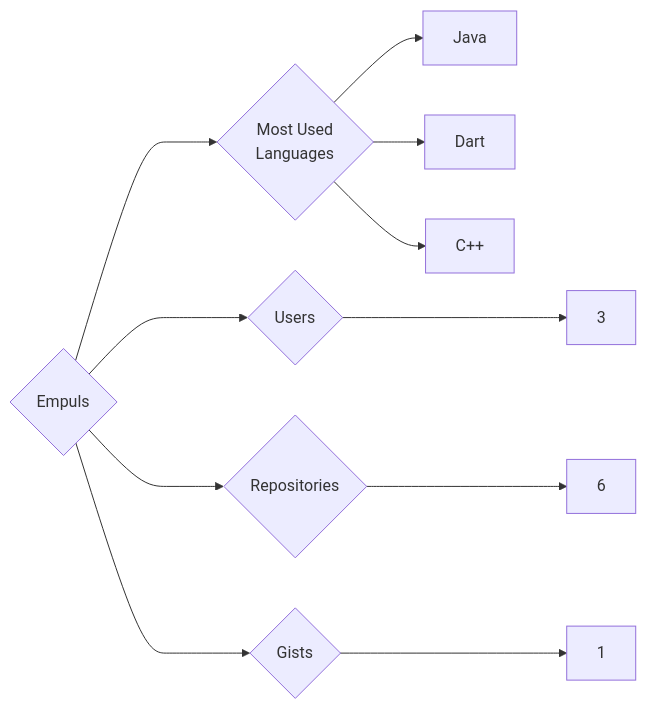
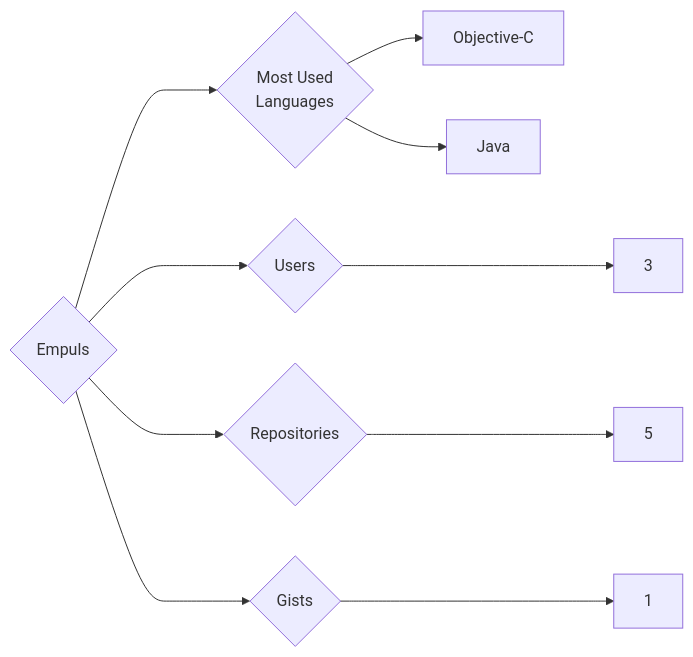
The diagram in targets/Empuls/README.md (trickest/insiders), drawn with Mermaid before and after one commit. The commit also changed 912 other files, not shown here.

````diff
--- a/targets/Empuls/README.md
+++ b/targets/Empuls/README.md
@@ -3,11 +3,10 @@
 ```mermaid
 graph LR
 COMPANY_NAME{Empuls}
 COMPANY_NAME ---> U{Users} ---> UN[3]
-COMPANY_NAME ---> R{Repositories} ---> RN[6]
+COMPANY_NAME ---> R{Repositories} ---> RN[5]
 COMPANY_NAME ---> G{Gists} ---> GN[1]
 COMPANY_NAME ---> ML{Most Used<br>Languages}
+ML --> Objective-C[Objective-C]
 ML --> Java[Java]
-ML --> Dart[Dart]
-ML --> C++[C++]
 ```
````
